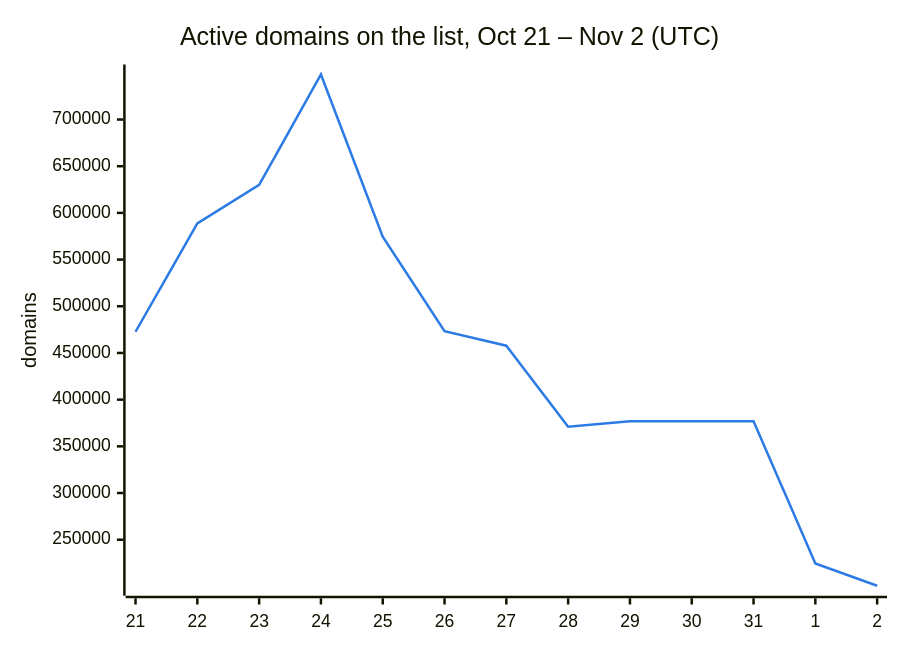
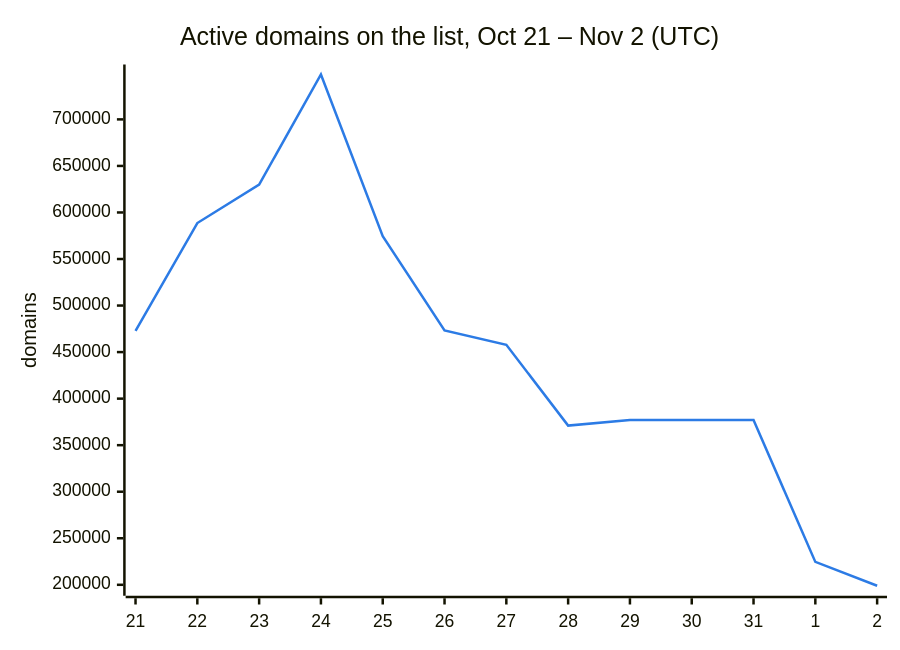
One commit to DNSBunker/CTI changed the second of 3 diagrams in README.md. Above: the diagram before and after it, drawn with Mermaid. The commit also changed other lines of this file and 3 other files, not shown here.

````diff
--- a/README.md
+++ b/README.md
@@ -38,8 +38,8 @@
 ```mermaid
 %%{init: {"themeVariables": {"xyChart": {"plotColorPalette": "#2c7be5"}}}}%%
 xychart-beta
     title "Active domains on the list, Oct 21 – Nov 2 (UTC)"
     x-axis ["21", "22", "23", "24", "25", "26", "27", "28", "29", "30", "31", "1", "2"]
     y-axis "domains"
-    line [472713, 588659, 629951, 748222, 574614, 473331, 457795, 371010, 376945, 376945, 376945, 224607, 200690]
+    line [472713, 588659, 629951, 748222, 574614, 473331, 457795, 371010, 376945, 376945, 376945, 224607, 198977]
 ```
````
